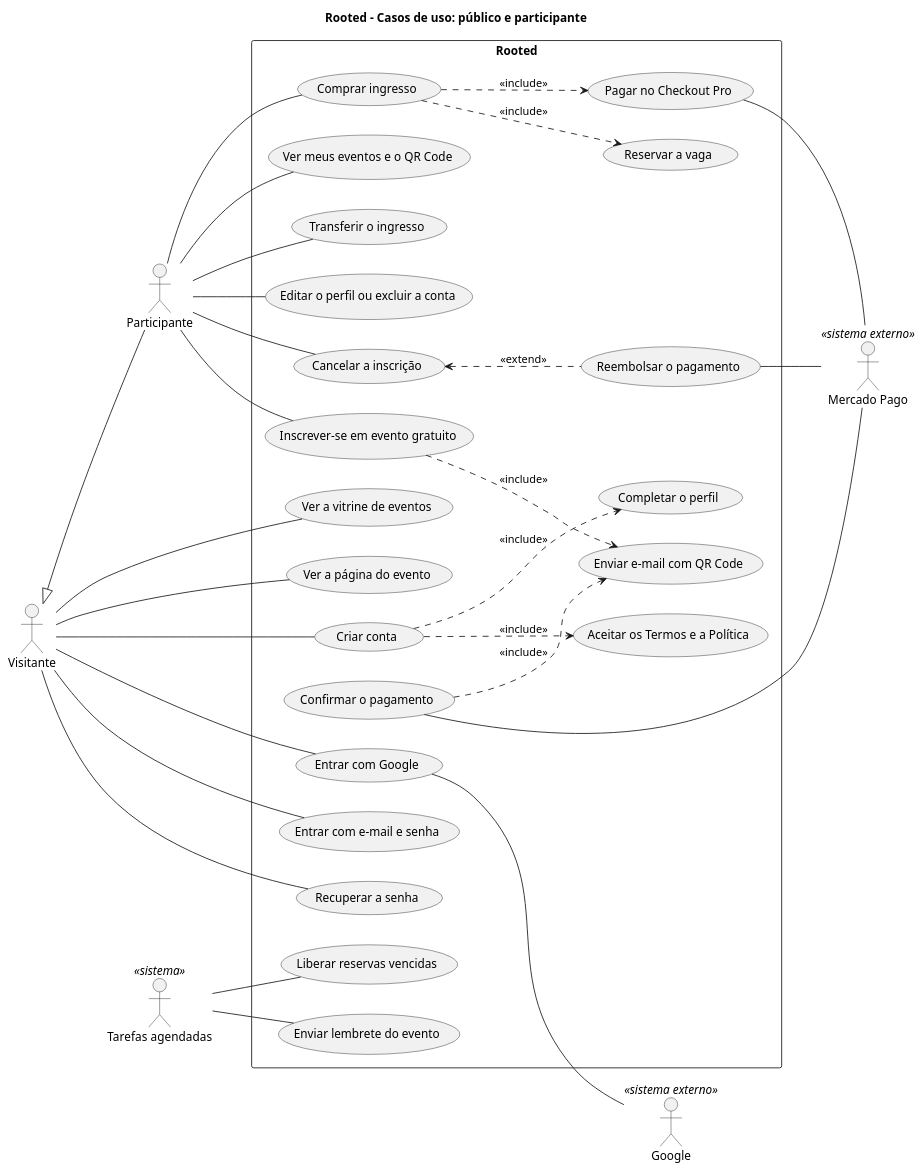
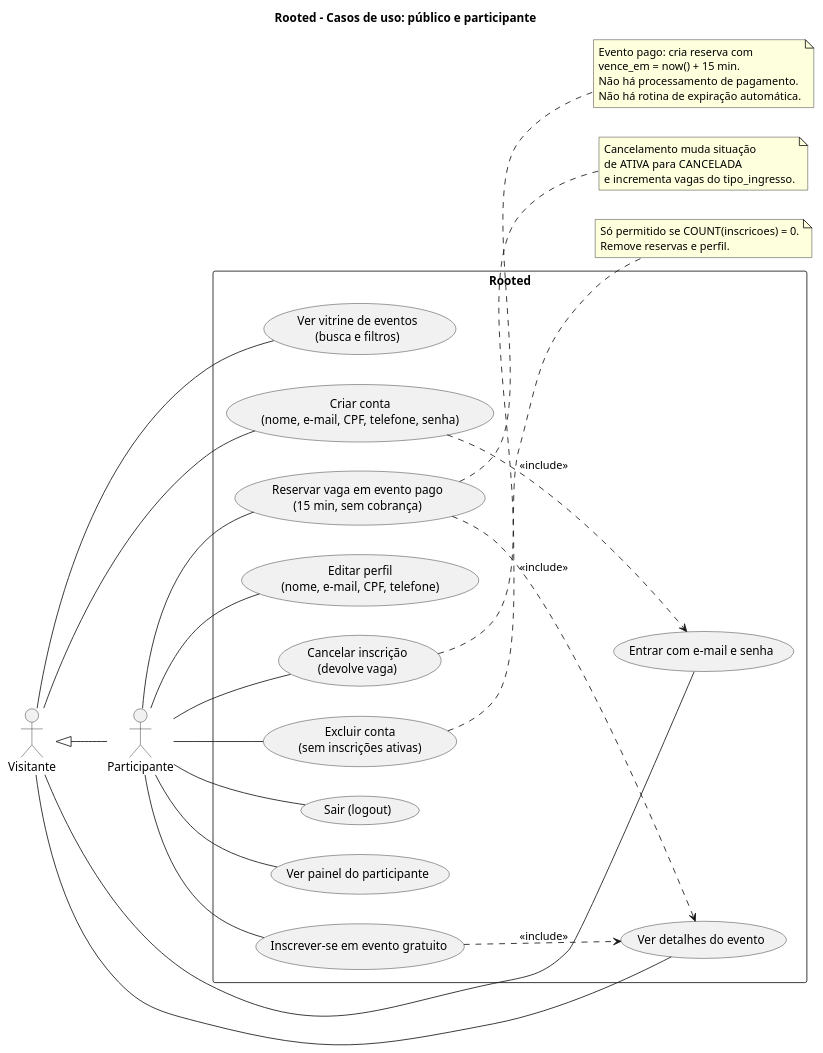
Before and after one commit to paulothaylam/rooted-projeto: the diagram in docs/diagramas/scripts/01-casos-de-uso-publico-e-participante.puml, drawn with PlantUML. The commit also changed 92 other files, not shown here.

Commit message:
atualizando diagramas

```diff
--- a/docs/diagramas/scripts/01-casos-de-uso-publico-e-participante.puml
+++ b/docs/diagramas/scripts/01-casos-de-uso-publico-e-participante.puml
@@ -1,64 +1,59 @@
 @startuml
 title Rooted – Casos de uso: público e participante
 left to right direction
 
 actor "Visitante" as Visitante
 actor "Participante" as Participante
-actor "Google" as Google <<sistema externo>>
-actor "Mercado Pago" as MP <<sistema externo>>
-actor "Tarefas agendadas" as Tarefas <<sistema>>
 
 Visitante <|-- Participante
 
 rectangle "Rooted" {
-  usecase "Ver a vitrine de eventos" as UC01
-  usecase "Ver a página do evento" as UC02
-  usecase "Criar conta" as UC03
-  usecase "Entrar com Google" as UC04
-  usecase "Entrar com e-mail e senha" as UC05
-  usecase "Recuperar a senha" as UC06
-  usecase "Aceitar os Termos e a Política" as UC07
-  usecase "Completar o perfil" as UC08
-  usecase "Comprar ingresso" as UC09
-  usecase "Reservar a vaga" as UC10
-  usecase "Pagar no Checkout Pro" as UC11
-  usecase "Confirmar o pagamento" as UC12
-  usecase "Enviar e-mail com QR Code" as UC13
-  usecase "Inscrever-se em evento gratuito" as UC14
-  usecase "Ver meus eventos e o QR Code" as UC15
-  usecase "Cancelar a inscrição" as UC16
-  usecase "Reembolsar o pagamento" as UC17
-  usecase "Transferir o ingresso" as UC18
-  usecase "Editar o perfil ou excluir a conta" as UC19
-  usecase "Liberar reservas vencidas" as UC20
-  usecase "Enviar lembrete do evento" as UC21
+  usecase "Ver vitrine de eventos\n(busca e filtros)" as UC01
+  usecase "Ver detalhes do evento" as UC02
+  usecase "Criar conta\n(nome, e-mail, CPF, telefone, senha)" as UC03
+  usecase "Entrar com e-mail e senha" as UC04
+  usecase "Ver painel do participante" as UC05
+  usecase "Inscrever-se em evento gratuito" as UC06
+  usecase "Reservar vaga em evento pago\n(15 min, sem cobrança)" as UC07
+  usecase "Editar perfil\n(nome, e-mail, CPF, telefone)" as UC08
+  usecase "Cancelar inscrição\n(devolve vaga)" as UC09
+  usecase "Excluir conta\n(sem inscrições ativas)" as UC10
+  usecase "Sair (logout)" as UC11
 }
 
 Visitante -- UC01
 Visitante -- UC02
 Visitante -- UC03
 Visitante -- UC04
-Visitante -- UC05
-Visitante -- UC06
-UC04 -- Google
-UC03 ..> UC07 : <<include>>
-UC03 ..> UC08 : <<include>>
 
+Participante -- UC05
+Participante -- UC06
+Participante -- UC07
+Participante -- UC08
 Participante -- UC09
-Participante -- UC14
-Participante -- UC15
-Participante -- UC16
-Participante -- UC18
-Participante -- UC19
-UC09 ..> UC10 : <<include>>
-UC09 ..> UC11 : <<include>>
-UC11 -- MP
-UC12 -- MP
-UC12 ..> UC13 : <<include>>
-UC14 ..> UC13 : <<include>>
-UC16 <.. UC17 : <<extend>>
-UC17 -- MP
+Participante -- UC10
+Participante -- UC11
 
-Tarefas -- UC20
-Tarefas -- UC21
+UC03 ..> UC04 : <<include>>
+UC06 ..> UC02 : <<include>>
+UC07 ..> UC02 : <<include>>
+
+note right of UC07
+  Evento pago: cria reserva com
+  vence_em = now() + 15 min.
+  Não há processamento de pagamento.
+  Não há rotina de expiração automática.
+end note
+
+note right of UC09
+  Cancelamento muda situação
+  de ATIVA para CANCELADA
+  e incrementa vagas do tipo_ingresso.
+end note
+
+note right of UC10
+  Só permitido se COUNT(inscricoes) = 0.
+  Remove reservas e perfil.
+end note
+
 @enduml
```
